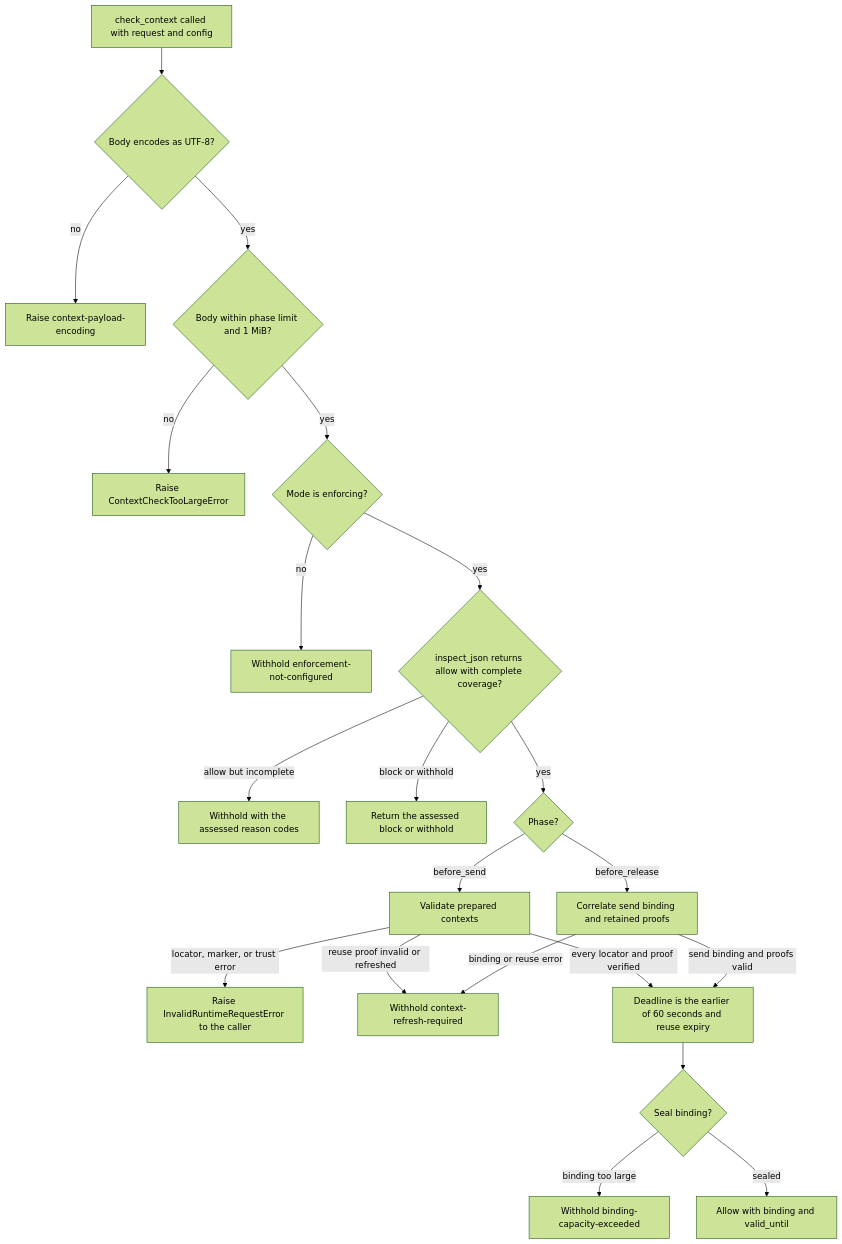
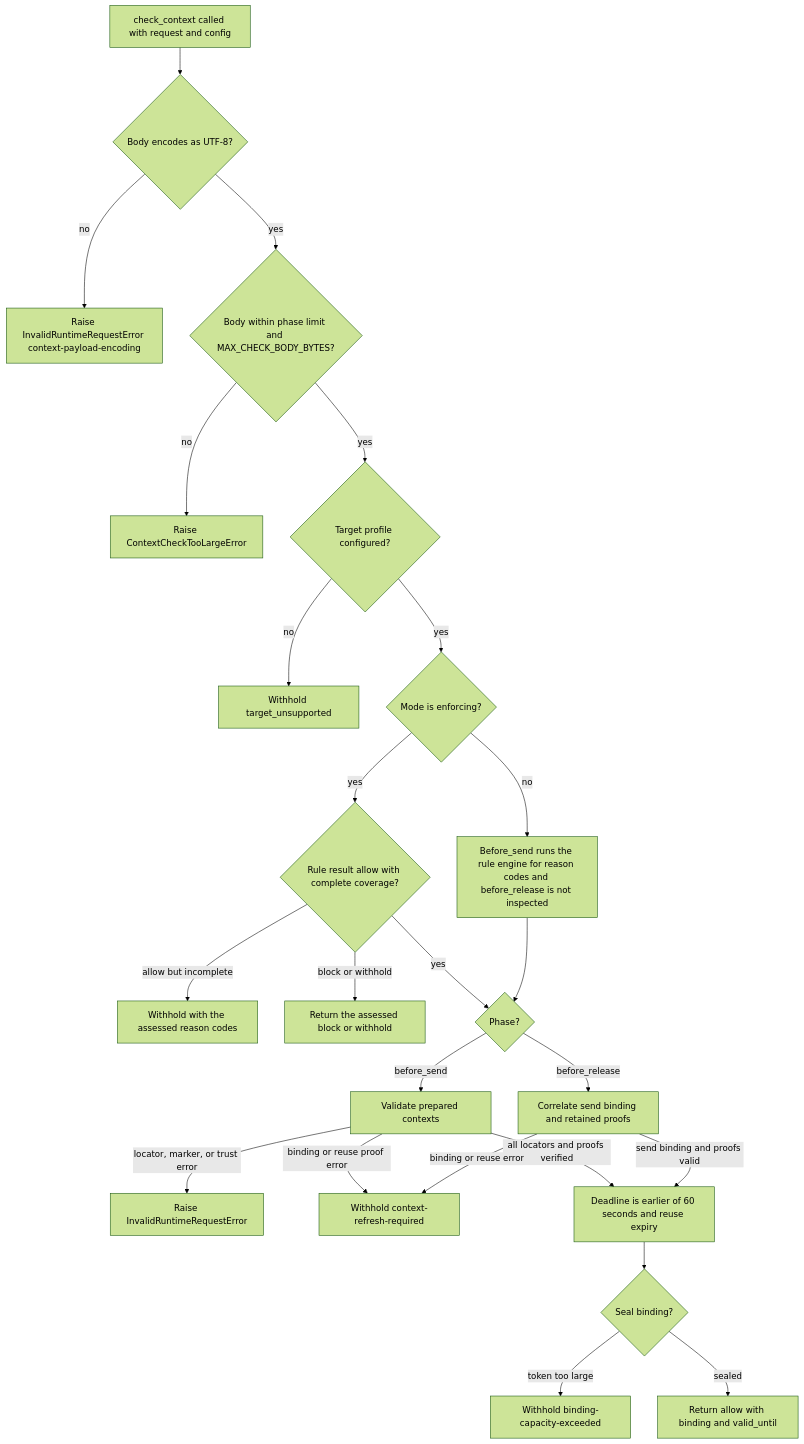
One commit to vieGPT/powercontext-enigma-agent-memory changed the first of 2 diagrams in openwiki/concepts/context-protection.md. Above: the diagram before and after it, drawn with Mermaid (forest theme). The commit also changed other lines of this file and 69 other files, not shown here.

````diff
--- a/openwiki/concepts/context-protection.md
+++ b/openwiki/concepts/context-protection.md
@@ -68,23 +97,26 @@
 ```mermaid
 flowchart TD
     A["check_context called with request and config"] --> B{"Body encodes as UTF-8?"}
-    B -- no --> E1["Raise context-payload-encoding"]
-    B -- yes --> C{"Body within phase limit and 1 MiB?"}
+    B -- no --> E1["Raise InvalidRuntimeRequestError context-payload-encoding"]
+    B -- yes --> C{"Body within phase limit and MAX_CHECK_BODY_BYTES?"}
     C -- no --> E2["Raise ContextCheckTooLargeError"]
-    C -- yes --> D{"Mode is enforcing?"}
-    D -- no --> W1["Withhold enforcement-not-configured"]
-    D -- yes --> F{"inspect_json returns allow with complete coverage?"}
+    C -- yes --> T{"Target profile configured?"}
+    T -- no --> W0["Withhold target_unsupported"]
+    T -- yes --> D{"Mode is enforcing?"}
+    D -- no --> N1["Before_send runs the rule engine for reason codes and before_release is not inspected"]
+    D -- yes --> F{"Rule result allow with complete coverage?"}
     F -- "allow but incomplete" --> W2["Withhold with the assessed reason codes"]
     F -- "block or withhold" --> X1["Return the assessed block or withhold"]
     F -- yes --> G{"Phase?"}
+    N1 --> G
     G -- before_send --> H["Validate prepared contexts"]
     G -- before_release --> I["Correlate send binding and retained proofs"]
-    H -- "locator, marker, or trust error" --> E3["Raise InvalidRuntimeRequestError to the caller"]
-    H -- "reuse proof invalid or refreshed" --> W3["Withhold context-refresh-required"]
-    H -- "every locator and proof verified" --> J["Deadline is the earlier of 60 seconds and reuse expiry"]
+    H -- "locator, marker, or trust error" --> E3["Raise InvalidRuntimeRequestError"]
+    H -- "binding or reuse proof error" --> W3["Withhold context-refresh-required"]
+    H -- "all locators and proofs verified" --> J["Deadline is earlier of 60 seconds and reuse expiry"]
     I -- "binding or reuse error" --> W3
     I -- "send binding and proofs valid" --> J
     J --> K{"Seal binding?"}
-    K -- "binding too large" --> W4["Withhold binding-capacity-exceeded"]
-    K -- sealed --> A1["Allow with binding and valid_until"]
+    K -- "token too large" --> W4["Withhold binding-capacity-exceeded"]
+    K -- sealed --> A1["Return allow with binding and valid_until"]
 ```
````
